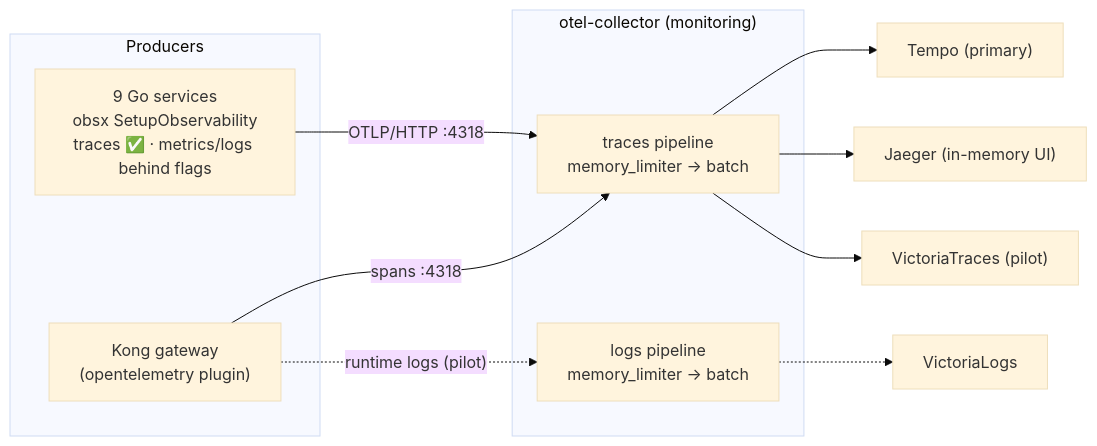
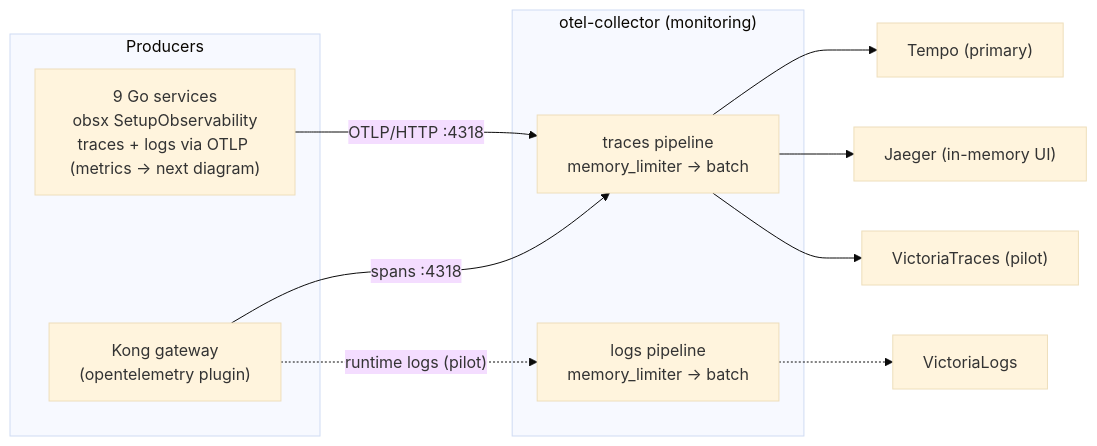
Before and after one commit to duynhlab/homelab: the first of 2 diagrams in docs/observability/opentelemetry.md, drawn with Mermaid (base theme). The commit also changed other lines of this file and 24 other files, not shown here.

````diff
--- a/docs/observability/opentelemetry.md
+++ b/docs/observability/opentelemetry.md
@@ -132,18 +135,18 @@
 ```mermaid
 flowchart LR
     subgraph Producers
-        SVC["9 Go services<br/>obsx SetupObservability<br/>traces ✅ · metrics/logs behind flags"]
+        SVC["9 Go services<br/>obsx SetupObservability<br/>traces + logs via OTLP (metrics → next diagram)"]
         KONG["Kong gateway<br/>(opentelemetry plugin)"]
     end
     subgraph Collector["otel-collector (monitoring)"]
         TP["traces pipeline<br/>memory_limiter → batch"]
         LP["logs pipeline<br/>memory_limiter → batch"]
     end
     SVC -->|"OTLP/HTTP :4318"| TP
     KONG -->|"spans :4318"| TP
     KONG -.->|"runtime logs (pilot)"| LP
     TP --> TEMPO["Tempo (primary)"]
     TP --> JAEGER["Jaeger (in-memory UI)"]
     TP --> VT["VictoriaTraces (pilot)"]
     LP -.-> VL["VictoriaLogs"]
 ```
````
